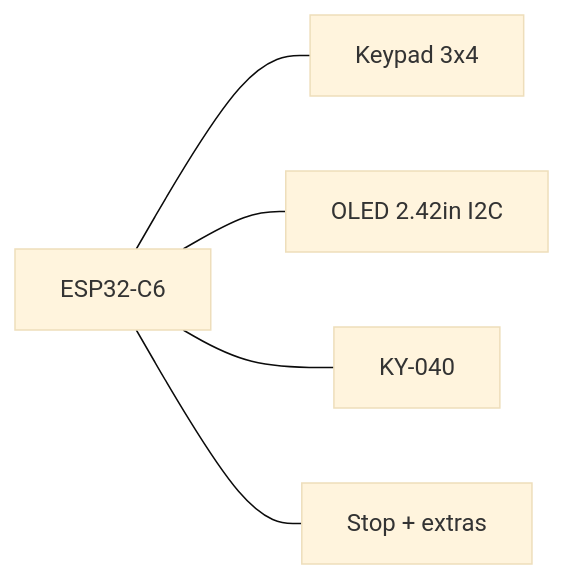
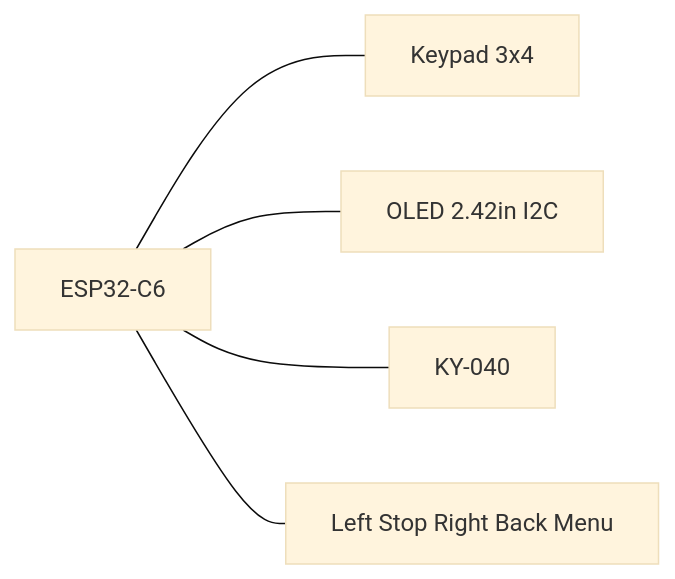
One commit to dcc-bigfred/longfred changed the diagram in docs/hardware/markwtech.md. Above: the diagram before and after it, drawn with Mermaid (base theme). The commit also changed other lines of this file and 7 other files, not shown here.

````diff
--- a/docs/hardware/markwtech.md
+++ b/docs/hardware/markwtech.md
@@ -28,7 +51,7 @@
 ```mermaid
 flowchart LR
   ESP[ESP32-C6] --- KP[Keypad 3x4]
   ESP --- OLED[OLED 2.42in I2C]
   ESP --- ENC[KY-040]
-  ESP --- STOP[Stop + extras]
+  ESP --- EXTRA[Left Stop Right Back Menu]
 ```
````
